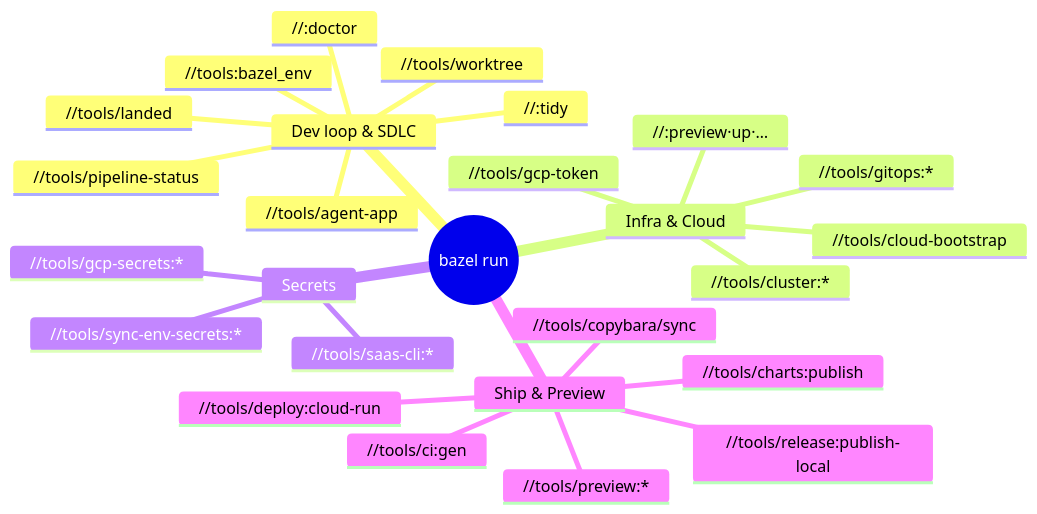
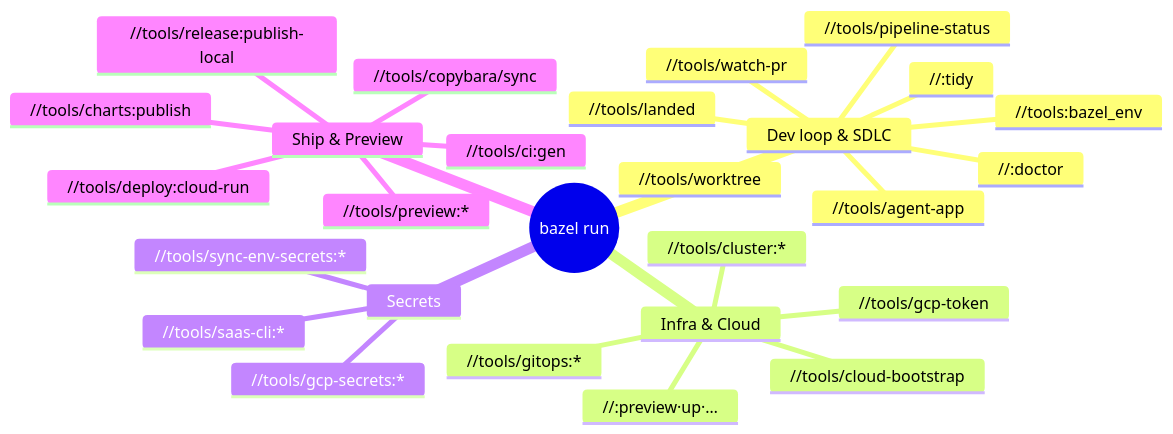
One commit to VitruvianSoftware/vitruvian-core changed the diagram in docs/reference/bazel-targets.md. Above: the diagram before and after it, drawn with Mermaid. The commit also changed other lines of this file and 8 other files, not shown here.

Commit message:
feat(tools): add robust watch-pr target and deterministic git-log fallbacks

````diff
--- a/docs/reference/bazel-targets.md
+++ b/docs/reference/bazel-targets.md
@@ -11,29 +11,30 @@
 ```mermaid
 mindmap
   root((bazel run))
     Dev loop & SDLC
       //:doctor
       //tools/worktree
       //tools/agent-app
+      //tools/watch-pr
       //tools/landed
       //tools/pipeline-status
       //:tidy
       //tools:bazel_env
     Infra & Cloud
       //<pulumi project>:preview·up·…
       //tools/gcp-token
       //tools/cloud-bootstrap
       //tools/gitops:*
       //tools/cluster:*
     Secrets
       //tools/gcp-secrets:*
       //tools/sync-env-secrets:*
       //tools/saas-cli:*
     Ship & Preview
       //tools/ci:gen
       //tools/deploy:cloud-run
       //tools/preview:*
       //tools/charts:publish
       //tools/release:publish-local
       //tools/copybara/sync
 ```
````
